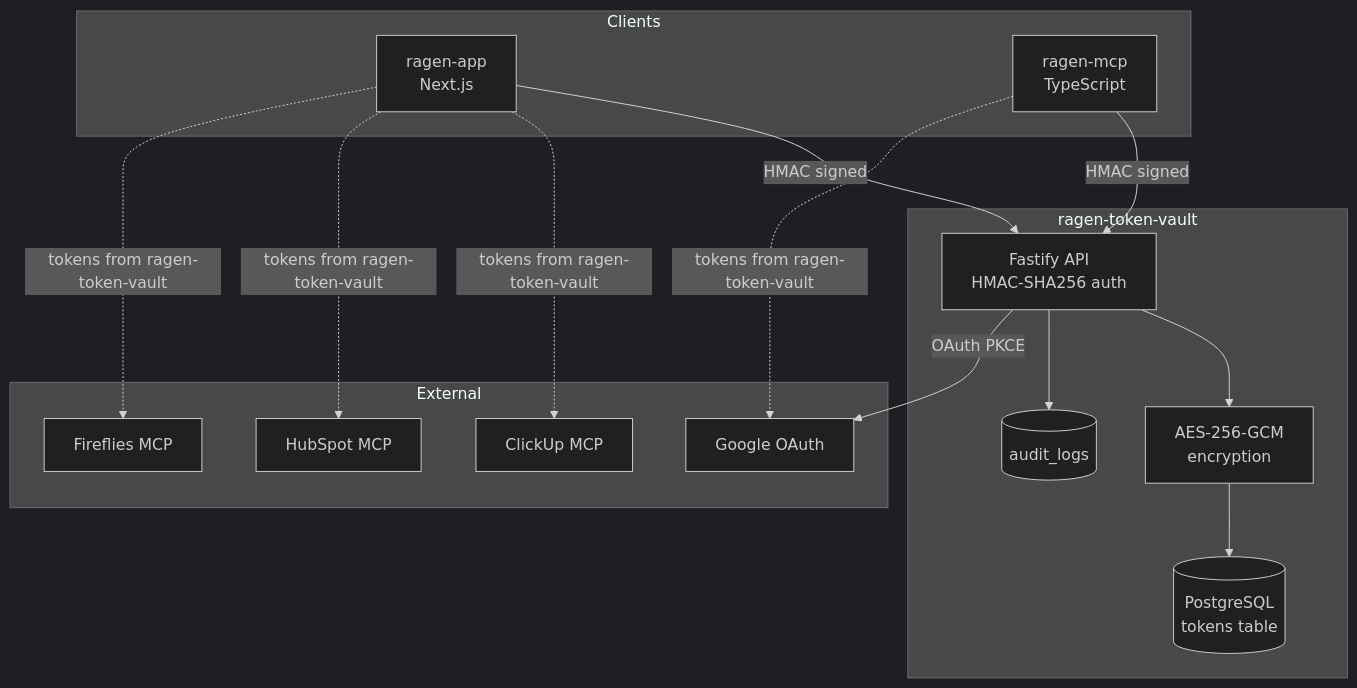
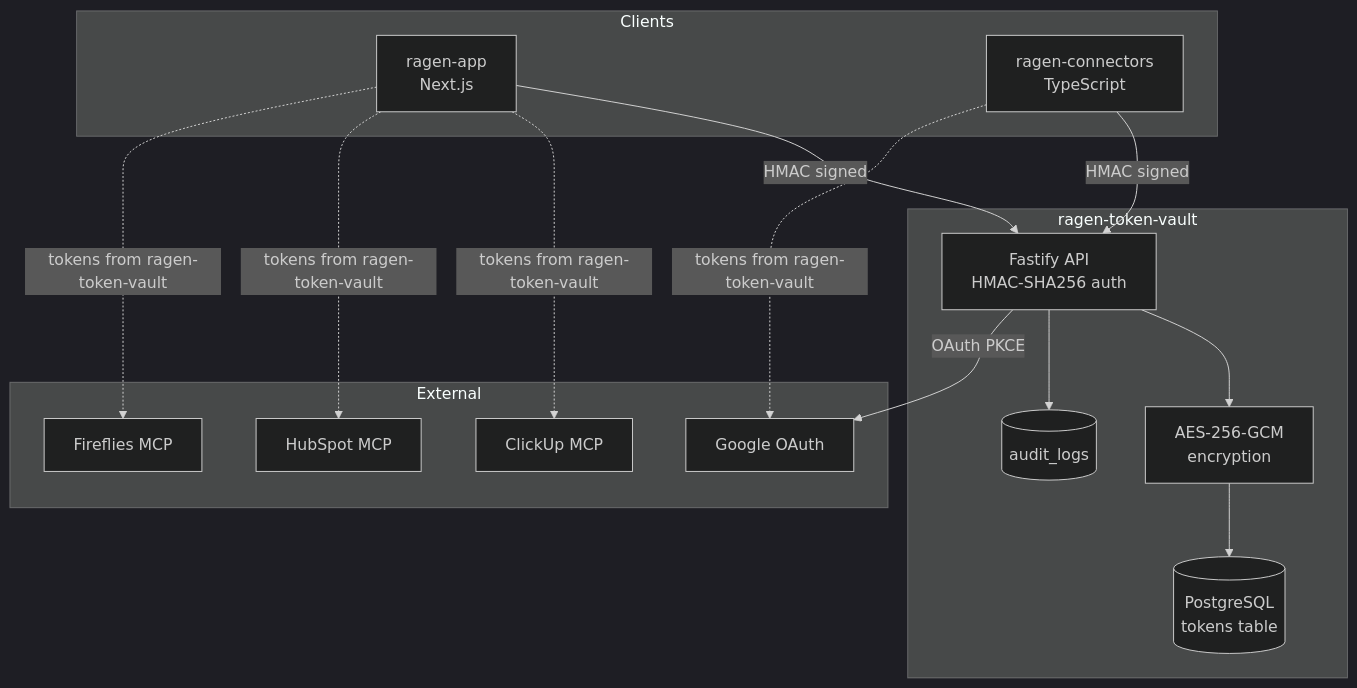
One commit to webamigos/ragen-token-vault changed the first of 2 diagrams in README.md. Above: the diagram before and after it, drawn with Mermaid (dark theme). The commit also changed other lines of this file and 1 other file, not shown here.

First line of the commit message:
docs: rename ragen-mcp to ragen-connectors

````diff
--- a/README.md
+++ b/README.md
@@ -64,33 +64,33 @@
 ```mermaid
 flowchart TB
     subgraph Clients
         APP[ragen-app<br/>Next.js]
-        MCP[ragen-mcp<br/>TypeScript]
+        MCP[ragen-connectors<br/>TypeScript]
     end
 
     subgraph ragen-token-vault
         API[Fastify API<br/>HMAC-SHA256 auth]
         ENC[AES-256-GCM<br/>encryption]
         DB[(PostgreSQL<br/>tokens table)]
         AUDIT[(audit_logs)]
     end
 
     subgraph External
         GOOGLE[Google OAuth]
         CLICKUP[ClickUp MCP]
         HUBSPOT[HubSpot MCP]
         FIREFLIES[Fireflies MCP]
     end
 
     APP -->|HMAC signed| API
     MCP -->|HMAC signed| API
     API --> ENC
     ENC --> DB
     API --> AUDIT
     API -->|OAuth PKCE| GOOGLE
 
     APP -.->|tokens from ragen-token-vault| CLICKUP
     APP -.->|tokens from ragen-token-vault| HUBSPOT
     APP -.->|tokens from ragen-token-vault| FIREFLIES
     MCP -.->|tokens from ragen-token-vault| GOOGLE
 ```
````
